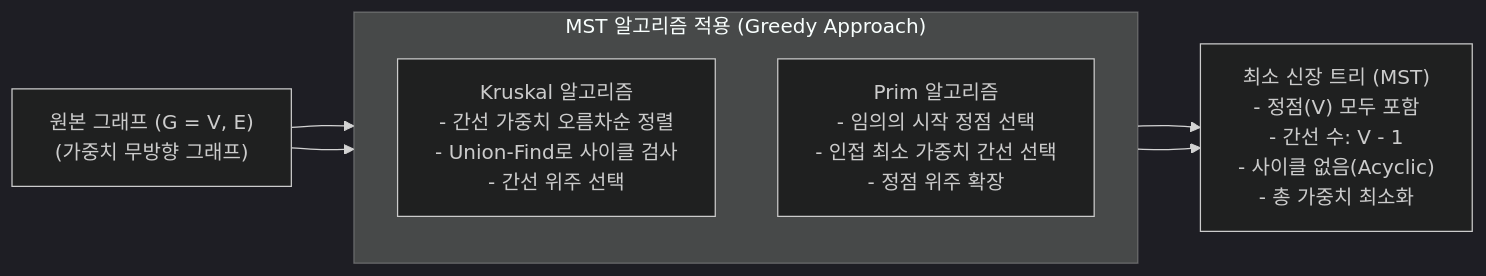
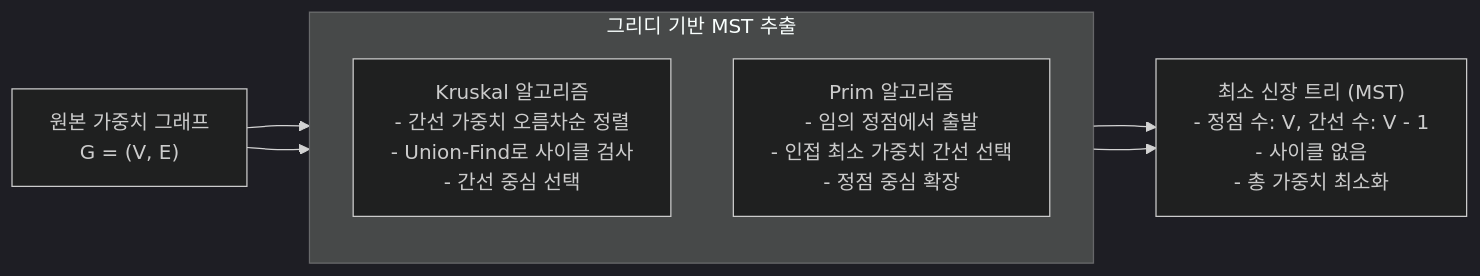
Before and after one commit to supremethumb/supremethumb.github.io: the diagram in content/01_IT Tech/최소 신장 트리.md, drawn with Mermaid (dark theme). The commit also changed other lines of this file and 362 other files, not shown here.

````diff
--- a/content/01_IT Tech/최소 신장 트리.md
+++ b/content/01_IT Tech/최소 신장 트리.md
@@ -26,16 +37,15 @@
 ```mermaid
 flowchart LR
-    Graph["원본 그래프 (G = V, E)<br/>(가중치 무방향 그래프)"]
+    Graph["원본 가중치 그래프<br/>G = (V, E)"]
     
-    subgraph "MST 알고리즘 적용 (Greedy Approach)"
+    subgraph Algorithms ["그리디 기반 MST 추출"]
         direction TB
-        Kruskal["Kruskal 알고리즘<br/>- 간선 가중치 오름차순 정렬<br/>- Union-Find로 사이클 검사<br/>- 간선 위주 선택"]
-        Prim["Prim 알고리즘<br/>- 임의의 시작 정점 선택<br/>- 인접 최소 가중치 간선 선택<br/>- 정점 위주 확장"]
+        Kruskal["Kruskal 알고리즘<br/>- 간선 가중치 오름차순 정렬<br/>- Union-Find로 사이클 검사<br/>- 간선 중심 선택"]
+        Prim["Prim 알고리즘<br/>- 임의 정점에서 출발<br/>- 인접 최소 가중치 간선 선택<br/>- 정점 중심 확장"]
     end
     
-    MST["최소 신장 트리 (MST)<br/>- 정점(V) 모두 포함<br/>- 간선 수: V - 1<br/>- 사이클 없음(Acyclic)<br/>- 총 가중치 최소화"]
+    MST["최소 신장 트리 (MST)<br/>- 정점 수: V, 간선 수: V - 1<br/>- 사이클 없음<br/>- 총 가중치 최소화"]
     
     Graph --> Kruskal & Prim
     Kruskal & Prim --> MST
-
 ```
````
